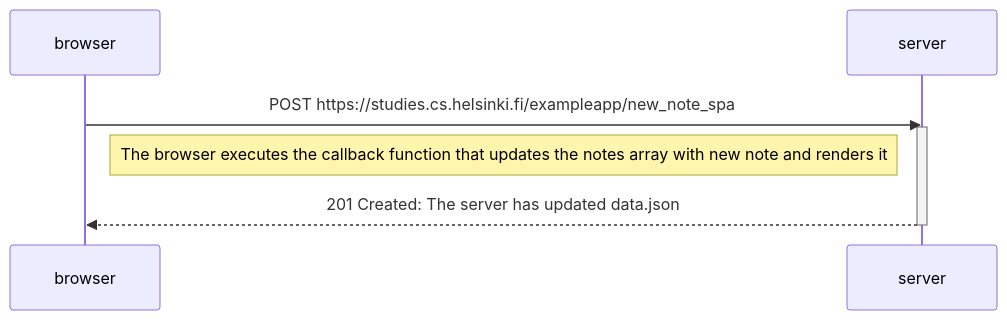
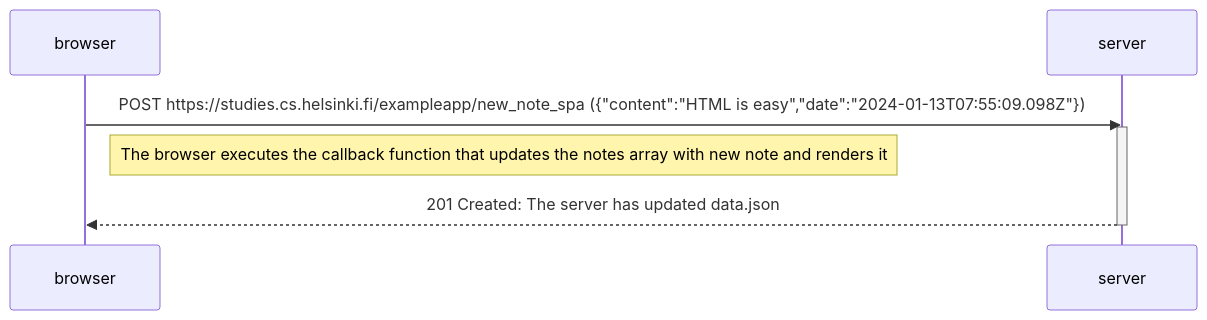
Before and after one commit to toyaAoi/FSO: the diagram in part 0/0.6_new-note-in-spa.md, drawn with Mermaid.

````diff
--- a/part 0/0.6_new-note-in-spa.md
+++ b/part 0/0.6_new-note-in-spa.md
@@ -3,15 +3,15 @@
 ```mermaid
   sequenceDiagram
     participant browser
     participant server
 
-    browser->>server: POST https://studies.cs.helsinki.fi/exampleapp/new_note_spa
+    browser->>server: POST https://studies.cs.helsinki.fi/exampleapp/new_note_spa ({"content":"HTML is easy","date":"2024-01-13T07:55:09.098Z"})
 
     activate server
 
     note right of browser: The browser executes the callback function that updates the notes array with new note and renders it
 
     server-->>browser: 201 Created: The server has updated data.json
 
     deactivate server
 ```
````
